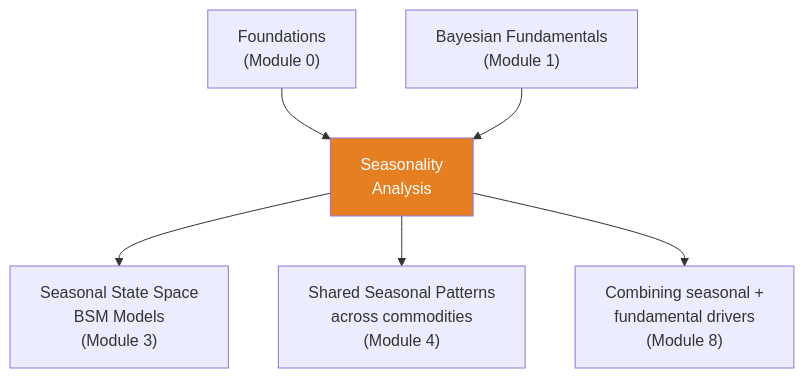
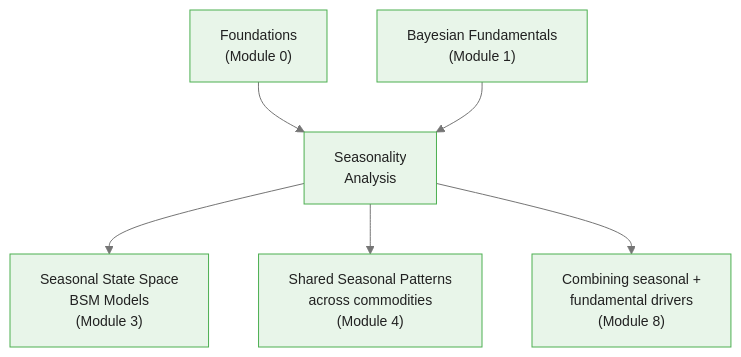
Before and after one commit to m-deane/course-creator: the fourth of 4 diagrams in courses/bayesian-commodity-forecasting/modules/module_02_commodity_data/guides/02_seasonality_analysis_slides.md, drawn with Mermaid. The commit also changed other lines of this file and 104 other files, not shown here.

````diff
--- a/courses/bayesian-commodity-forecasting/modules/module_02_commodity_data/guides/02_seasonality_analysis_slides.md
+++ b/courses/bayesian-commodity-forecasting/modules/module_02_commodity_data/guides/02_seasonality_analysis_slides.md
@@ -373,9 +386,9 @@
 ```mermaid
+%%{init: {"theme": "base", "themeVariables": {"primaryColor": "#e8f5e9", "primaryBorderColor": "#4caf50", "primaryTextColor": "#212121", "secondaryColor": "#e3f2fd", "tertiaryColor": "#fff8e1", "lineColor": "#757575", "fontFamily": "Inter, sans-serif", "fontSize": "14px"}}}%%
 flowchart TD
     F["Foundations\n(Module 0)"] --> SA["Seasonality\nAnalysis"]
     BF["Bayesian Fundamentals\n(Module 1)"] --> SA
     SA --> SSM["Seasonal State Space\nBSM Models\n(Module 3)"]
     SA --> HM["Shared Seasonal Patterns\nacross commodities\n(Module 4)"]
     SA --> FI["Combining seasonal +\nfundamental drivers\n(Module 8)"]
-    style SA fill:#e67e22,color:#fff
 ```
````
